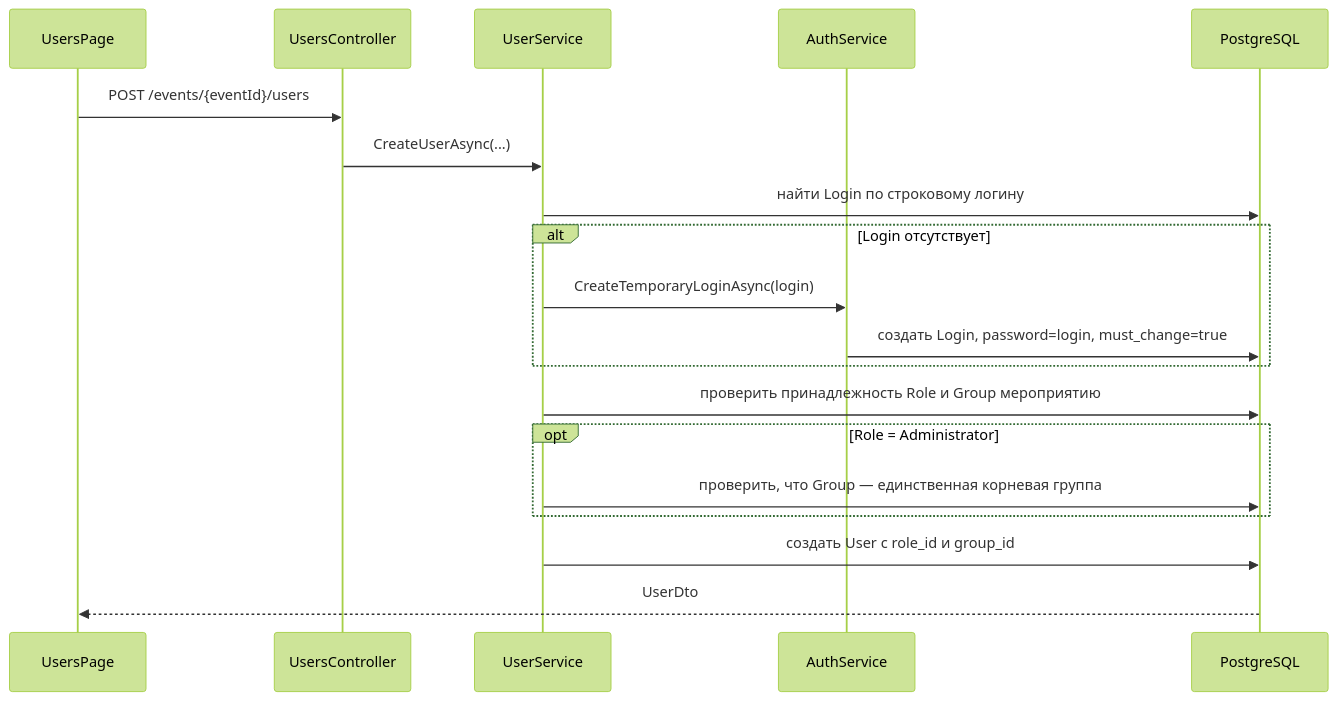
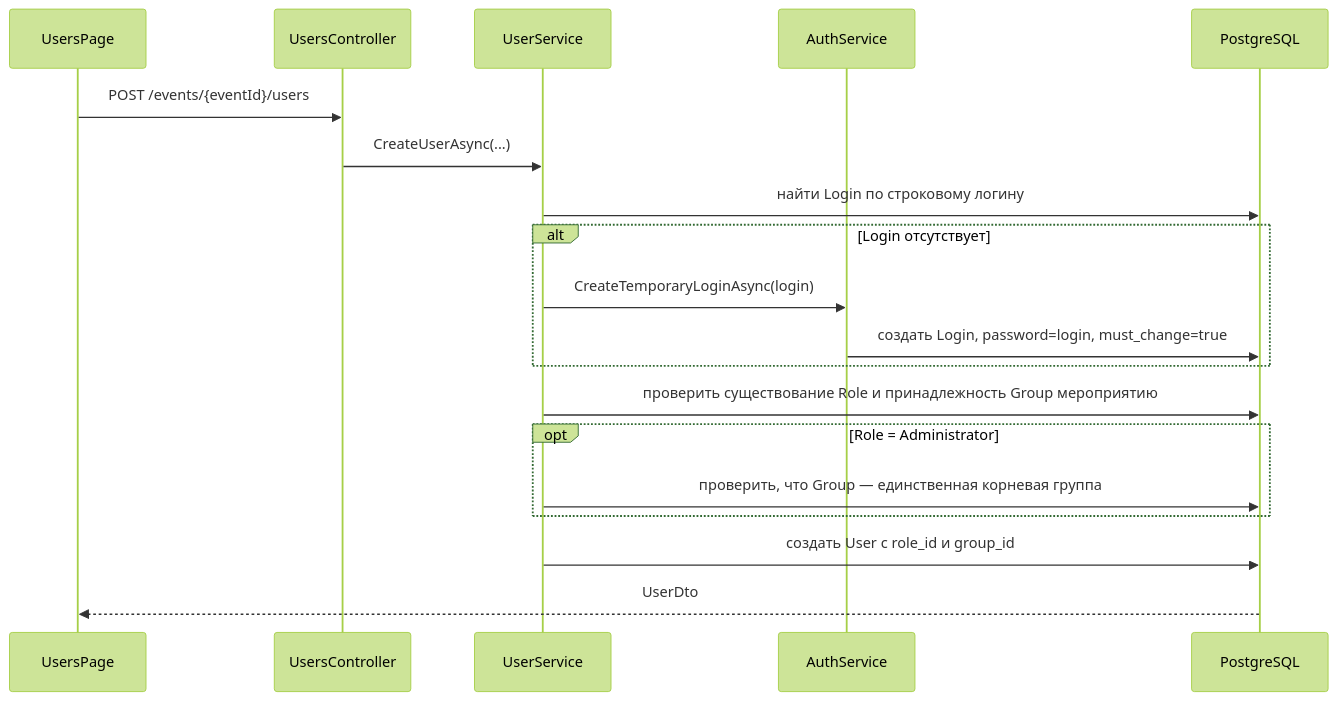
The first of 2 diagrams in docs/employees-tab.md (AntonDrozdov/rmgevents), drawn with Mermaid (forest theme) before and after one commit. The commit also changed other lines of this file and 40 other files, not shown here.

````diff
--- a/docs/employees-tab.md
+++ b/docs/employees-tab.md
@@ -207,22 +208,22 @@
 ```mermaid
 sequenceDiagram
     participant UI as UsersPage
     participant API as UsersController
     participant US as UserService
     participant AS as AuthService
     participant DB as PostgreSQL
 
     UI->>API: POST /events/{eventId}/users
     API->>US: CreateUserAsync(...)
     US->>DB: найти Login по строковому логину
     alt Login отсутствует
         US->>AS: CreateTemporaryLoginAsync(login)
         AS->>DB: создать Login, password=login, must_change=true
     end
-    US->>DB: проверить принадлежность Role и Group мероприятию
+    US->>DB: проверить существование Role и принадлежность Group мероприятию
     opt Role = Administrator
         US->>DB: проверить, что Group — единственная корневая группа
     end
     US->>DB: создать User с role_id и group_id
     DB-->>UI: UserDto
 ```
````
